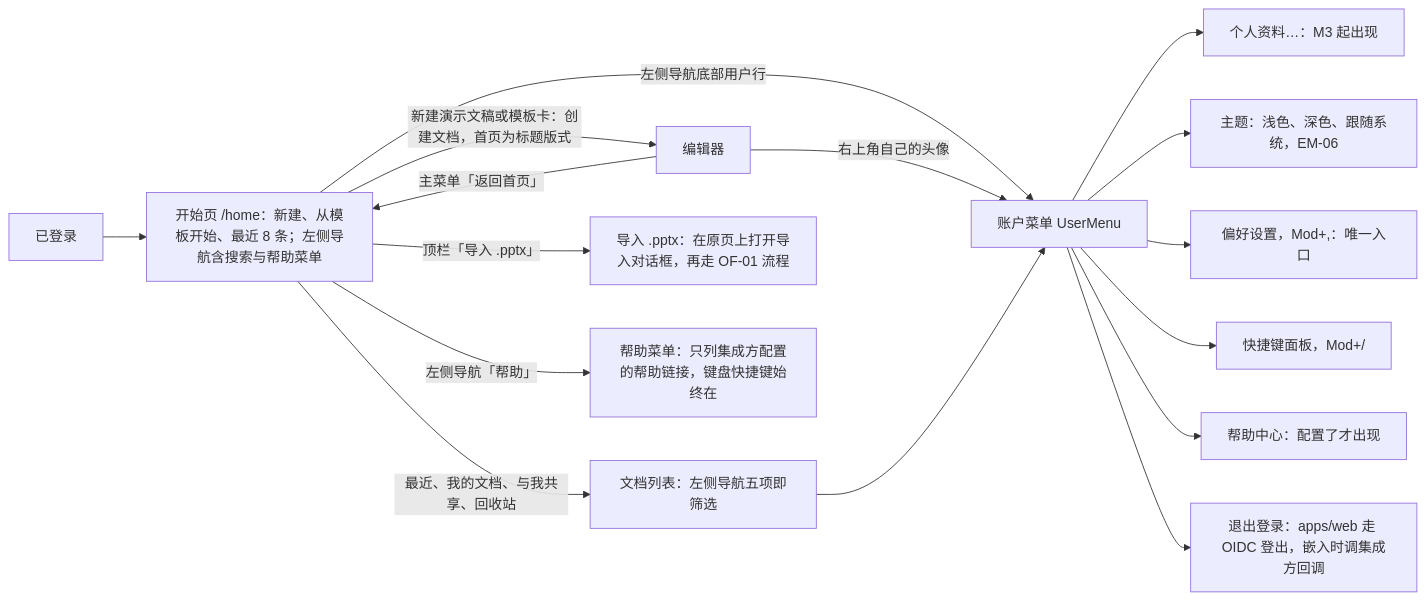
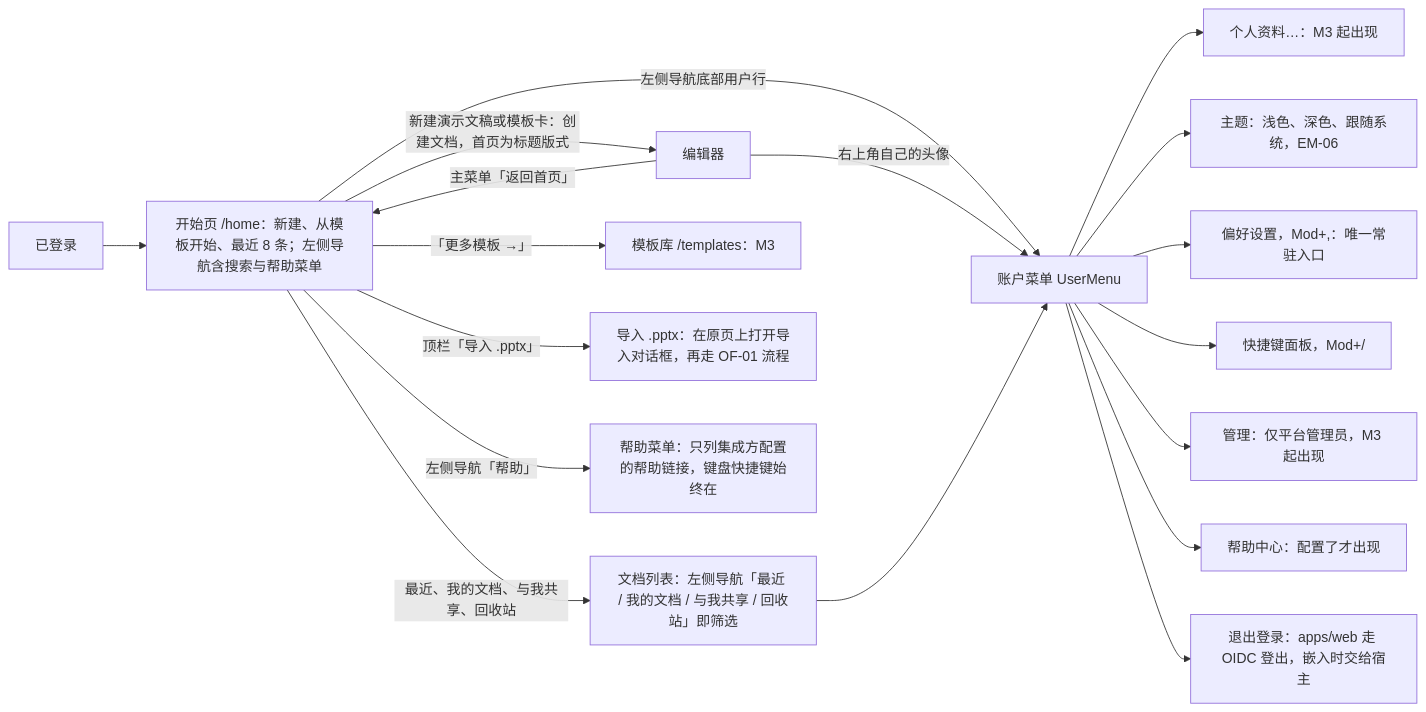
Before and after one commit to Xeonice/cordis-ppt-editor: the diagram in docs/10-prd/03-features/08-app-shell.md, drawn with Mermaid. The commit also changed other lines of this file and 19 other files, not shown here.

````diff
--- a/docs/10-prd/03-features/08-app-shell.md
+++ b/docs/10-prd/03-features/08-app-shell.md
@@ -18,31 +18,35 @@
 ```mermaid
 flowchart LR
   login["已登录"]
   home["开始页 /home：新建、从模板开始、最近 8 条；左侧导航含搜索与帮助菜单"]
   editor["编辑器"]
-  list["文档列表：左侧导航五项即筛选"]
+  list["文档列表：左侧导航「最近 / 我的文档 / 与我共享 / 回收站」即筛选"]
+  lib["模板库 /templates：M3"]
   importcard["导入 .pptx：在原页上打开导入对话框，再走 OF-01 流程"]
   guide["帮助菜单：只列集成方配置的帮助链接，键盘快捷键始终在"]
   menu["账户菜单 UserMenu"]
   profile["个人资料…：M3 起出现"]
   theme["主题：浅色、深色、跟随系统，EM-06"]
-  settings["偏好设置，Mod+,：唯一入口"]
+  settings["偏好设置，Mod+,：唯一常驻入口"]
   keys["快捷键面板，Mod+/"]
+  admin["管理：仅平台管理员，M3 起出现"]
   help["帮助中心：配置了才出现"]
-  logout["退出登录：apps/web 走 OIDC 登出，嵌入时调集成方回调"]
+  logout["退出登录：apps/web 走 OIDC 登出，嵌入时交给宿主"]
   login --> home
   home -->|"新建演示文稿或模板卡：创建文档，首页为标题版式"| editor
   home -->|"顶栏「导入 .pptx」"| importcard
   home -->|"最近、我的文档、与我共享、回收站"| list
+  home -->|"「更多模板 →」"| lib
   home -->|"左侧导航「帮助」"| guide
   editor -->|"主菜单「返回首页」"| home
   home -->|"左侧导航底部用户行"| menu
   editor -->|"右上角自己的头像"| menu
   list --> menu
   menu --> profile
   menu --> theme
   menu --> settings
   menu --> keys
+  menu --> admin
   menu --> help
   menu --> logout
 ```
````
